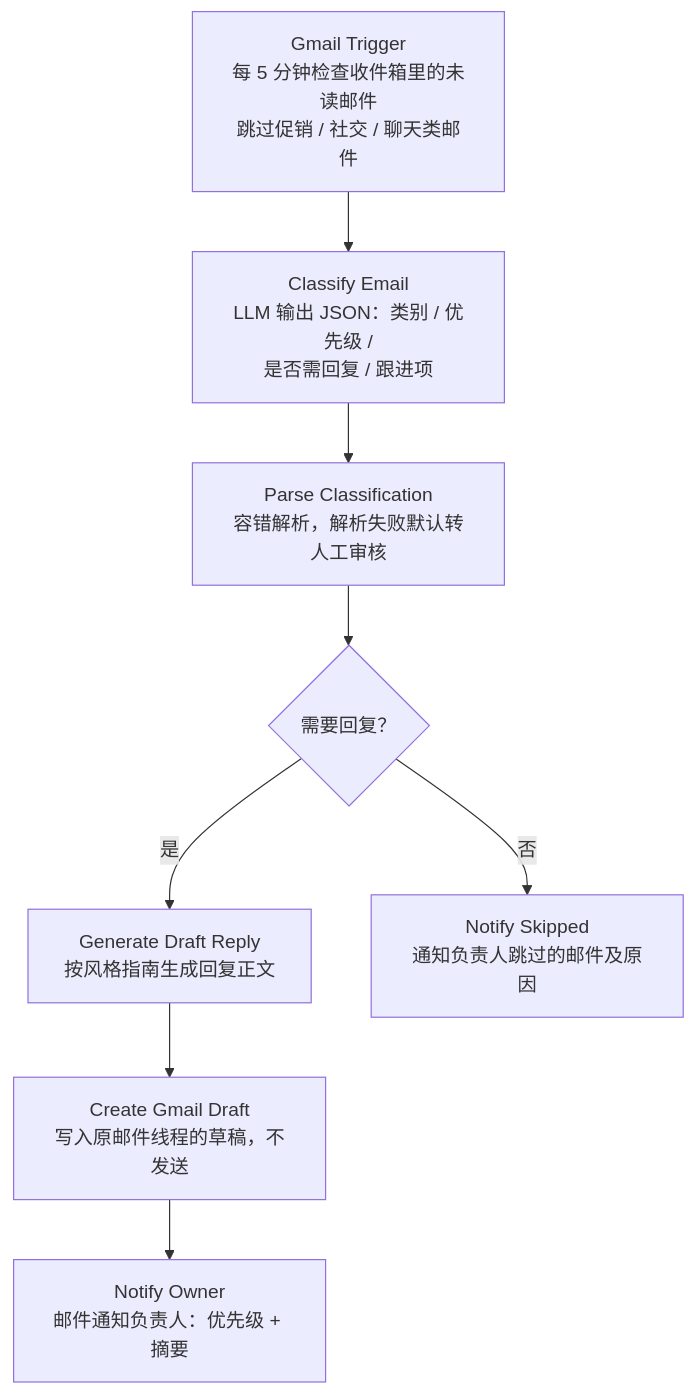
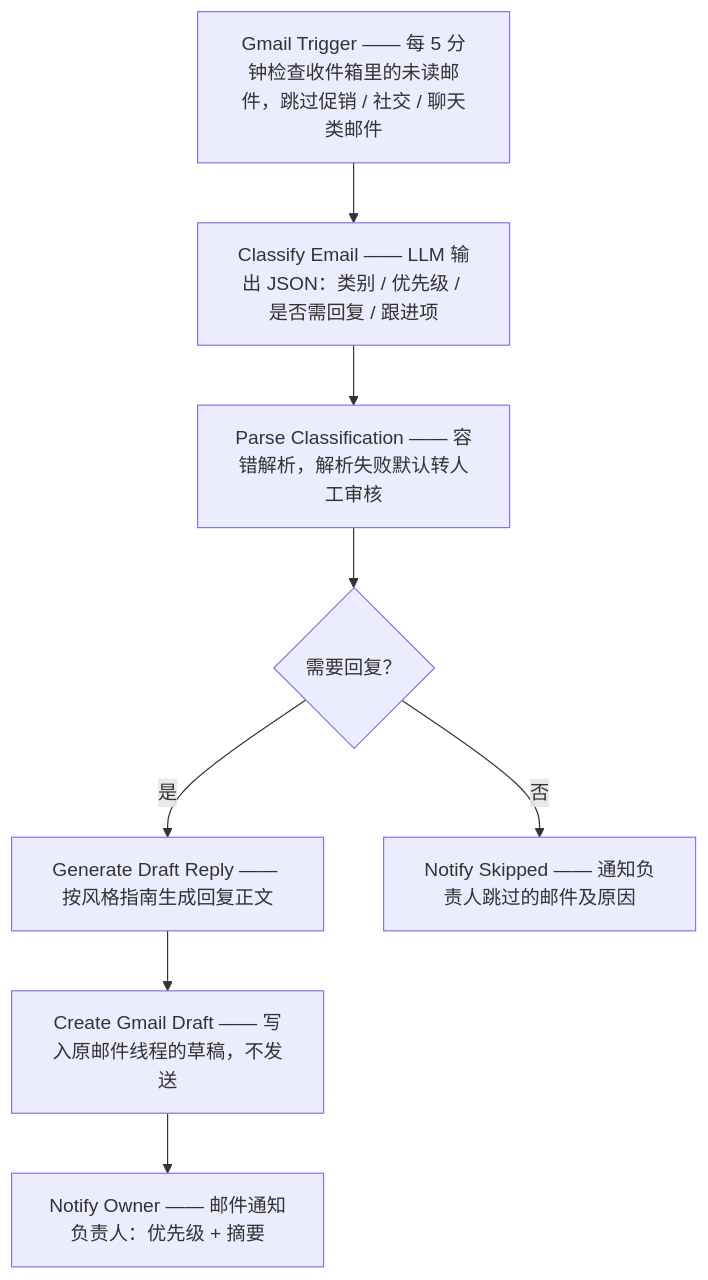
The diagram in README.md (sjdgbhb/gmail-ai-assistant), drawn with Mermaid before and after one commit.

Commit message:
docs: widen mermaid diagram nodes

````diff
--- a/README.md
+++ b/README.md
@@ -51,10 +51,10 @@
 ```mermaid
 flowchart TD
-    A["Gmail Trigger<br/>每 5 分钟检查收件箱里的未读邮件<br/>跳过促销 / 社交 / 聊天类邮件"] --> B["Classify Email<br/>LLM 输出 JSON：类别 / 优先级 /<br/>是否需回复 / 跟进项"]
-    B --> C["Parse Classification<br/>容错解析，解析失败默认转人工审核"]
+    A["Gmail Trigger —— 每 5 分钟检查收件箱里的未读邮件，跳过促销 / 社交 / 聊天类邮件"] --> B["Classify Email —— LLM 输出 JSON：类别 / 优先级 / 是否需回复 / 跟进项"]
+    B --> C["Parse Classification —— 容错解析，解析失败默认转人工审核"]
     C --> D{"需要回复？"}
-    D -- "是" --> E["Generate Draft Reply<br/>按风格指南生成回复正文"]
-    E --> F["Create Gmail Draft<br/>写入原邮件线程的草稿，不发送"]
-    F --> G["Notify Owner<br/>邮件通知负责人：优先级 + 摘要"]
-    D -- "否" --> H["Notify Skipped<br/>通知负责人跳过的邮件及原因"]
+    D -- "是" --> E["Generate Draft Reply —— 按风格指南生成回复正文"]
+    E --> F["Create Gmail Draft —— 写入原邮件线程的草稿，不发送"]
+    F --> G["Notify Owner —— 邮件通知负责人：优先级 + 摘要"]
+    D -- "否" --> H["Notify Skipped —— 通知负责人跳过的邮件及原因"]
 ```
````
